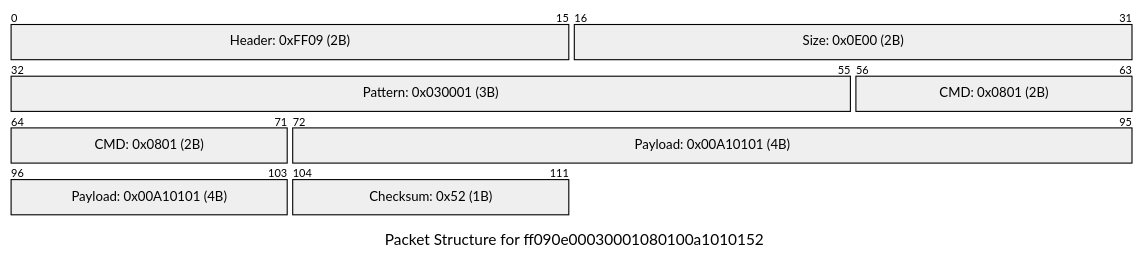
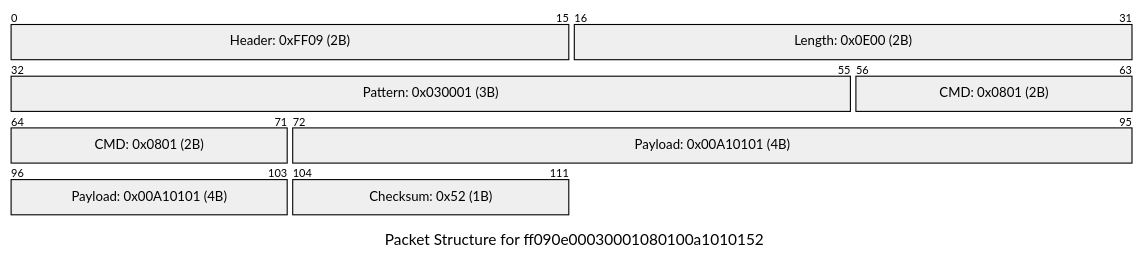
Before and after one commit to flip-dots/SolixBLE: the second of 15 diagrams in docs/source/protocols.rst, drawn with Mermaid. The commit also changed other lines of this file, not shown here.

```diff
--- a/docs/source/protocols.rst
+++ b/docs/source/protocols.rst
@@ -73,10 +76,10 @@
 .. mermaid::
 
   packet-beta
   title Packet Structure for ff090e00030001080100a1010152
   0-15: "Header: 0xFF09 (2B)"
-  16-31: "Size: 0x0E00 (2B)"
+  16-31: "Length: 0x0E00 (2B)"
   32-55: "Pattern: 0x030001 (3B)"
   56-71: "CMD: 0x0801 (2B)"
   72-103: "Payload: 0x00A10101 (4B)"
   104-111: "Checksum: 0x52 (1B)"
```
